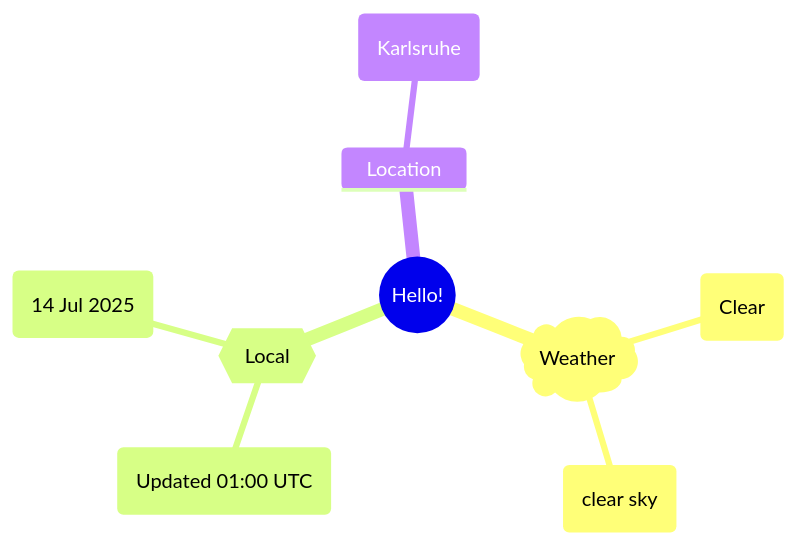
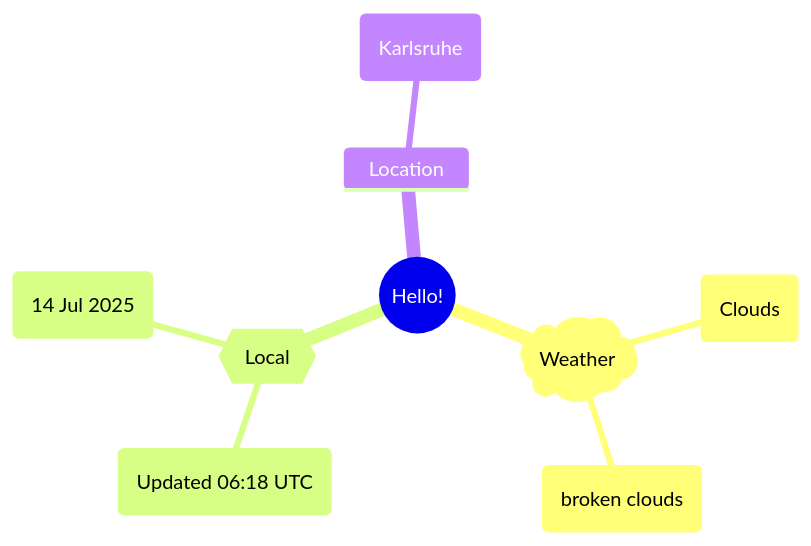
One commit to Xosrov/Xosrov changed the first of 2 diagrams in README.md. Above: the diagram before and after it, drawn with Mermaid.

Commit message:
[bot] updated images

````diff
--- a/README.md
+++ b/README.md
@@ -3,12 +3,12 @@
 ```mermaid
 mindmap
   root((Hello!))
     )Weather(
-        (Clear)
-        (clear sky)
+        (Clouds)
+        (broken clouds)
     {{Local}}
-        (Updated 01:00 UTC)
+        (Updated 06:18 UTC)
         (14 Jul 2025)
     Location
         (Karlsruhe)
 ```
````
